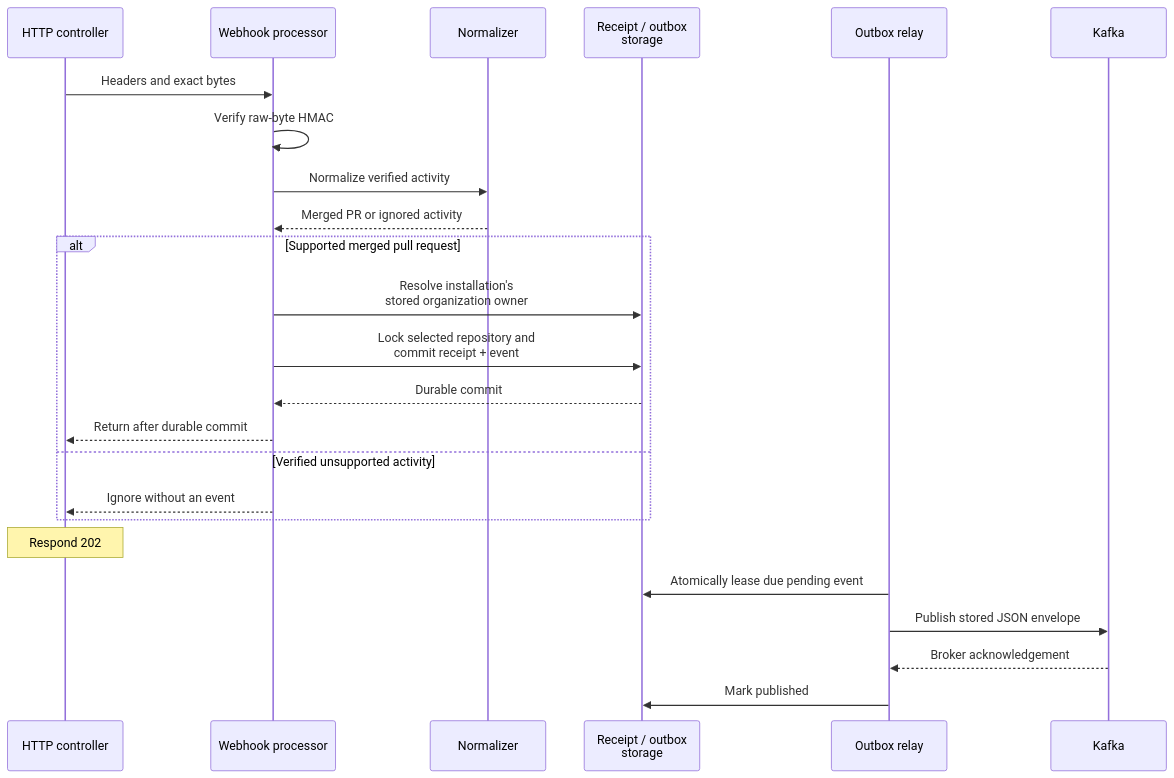
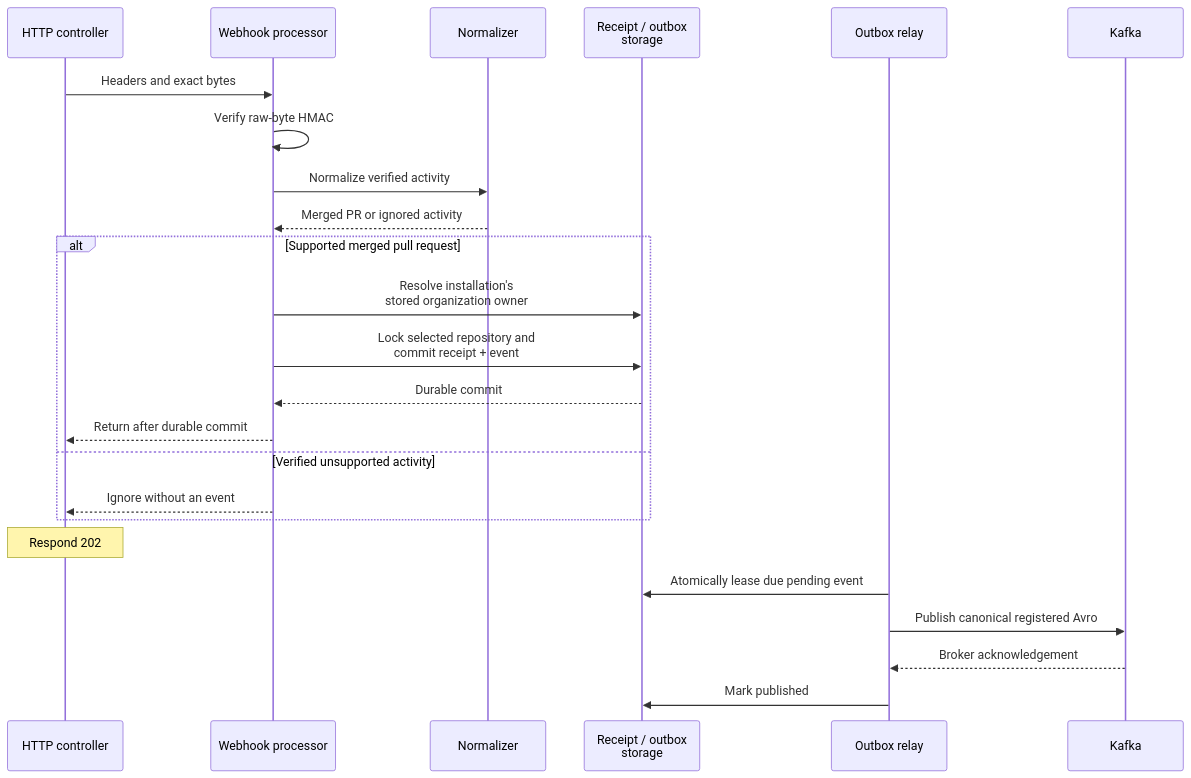
Before and after one commit to ChangeGuardHQ/changuard-platform: diagram 12 of 12 in backend/README.md, drawn with Mermaid. The commit also changed other lines of this file and 53 other files, not shown here.

````diff
--- a/backend/README.md
+++ b/backend/README.md
@@ -769,26 +798,26 @@
 ```mermaid
 sequenceDiagram
     participant Controller as HTTP controller
     participant Processor as Webhook processor
     participant Normalizer
     participant DB as Receipt / outbox<br/>storage
     participant Relay as Outbox relay
     participant Kafka
     Controller->>Processor: Headers and exact bytes
     Processor->>Processor: Verify raw-byte HMAC
     Processor->>Normalizer: Normalize verified activity
     Normalizer-->>Processor: Merged PR or ignored activity
     alt Supported merged pull request
         Processor->>DB: Resolve installation's<br/>stored organization owner
         Processor->>DB: Lock selected repository and<br/>commit receipt + event
         DB-->>Processor: Durable commit
         Processor-->>Controller: Return after durable commit
     else Verified unsupported activity
         Processor-->>Controller: Ignore without an event
     end
     Note over Controller: Respond 202
     Relay->>DB: Atomically lease due pending event
-    Relay->>Kafka: Publish stored JSON envelope
+    Relay->>Kafka: Publish canonical registered Avro
     Kafka-->>Relay: Broker acknowledgement
     Relay->>DB: Mark published
 ```
````
